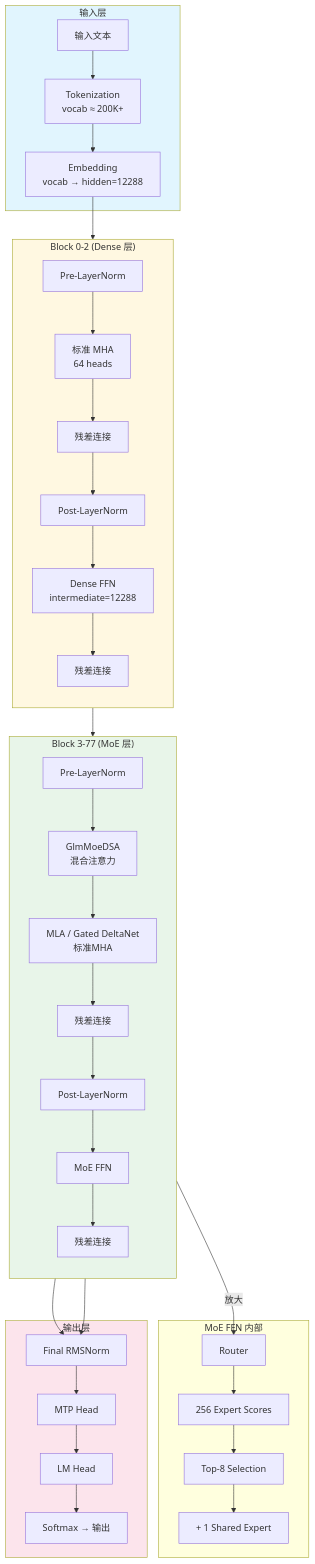
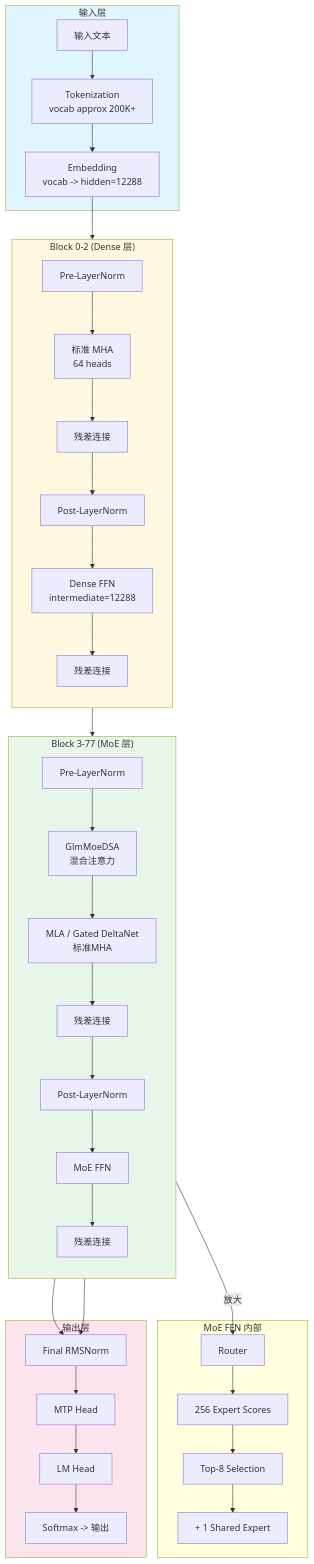
The third of 8 diagrams in 神经网络/大语言模型架构分析.md (yikox/mynote), drawn with Mermaid before and after one commit. The commit also changed other lines of this file, not shown here.

````diff
--- a/神经网络/大语言模型架构分析.md
+++ b/神经网络/大语言模型架构分析.md
@@ -153,49 +152,49 @@
 ```mermaid
 flowchart TD
     subgraph Input["输入层"]
-        A[输入文本] --> B[Tokenization<br/>vocab ≈ 200K+]
-        B --> C[Embedding<br/>vocab → hidden=12288]
+        A[输入文本] --> B[Tokenization<br/>vocab approx 200K+]
+        B --> C[Embedding<br/>vocab -> hidden=12288]
     end
 
     subgraph DenseLayer["Block 0-2 (Dense 层)"]
         direction TB
         D0[Pre-LayerNorm] --> E0[标准 MHA<br/>64 heads]
         E0 --> R0[残差连接]
         R0 --> F0[Post-LayerNorm]
         F0 --> G0["Dense FFN<br/>intermediate=12288"]
         G0 --> H0[残差连接]
     end
 
     subgraph MoELayer["Block 3-77 (MoE 层)"]
         direction TB
         D1[Pre-LayerNorm] --> E1["GlmMoeDSA<br/>混合注意力"]
         E1 --> E2["MLA / Gated DeltaNet<br/>标准MHA"]
         E2 --> R1[残差连接]
         R1 --> F1[Post-LayerNorm]
         F1 --> G1["MoE FFN"]
         G1 --> H1[残差连接]
     end
 
     subgraph MoE_Detail["MoE FFN 内部"]
-        G1 -->|放大| K[Router]
+        G1 -->|"放大"| K[Router]
         K --> K1[256 Expert Scores]
         K1 --> K2[Top-8 Selection]
         K2 --> K3["+ 1 Shared Expert"]
     end
 
     subgraph Output["输出层"]
         H1 --> L[Final RMSNorm]
         L --> M[MTP Head]
         M --> N[LM Head]
-        N --> O[Softmax → 输出]
+        N --> O[Softmax -> 输出]
     end
 
     C --> D0
     H0 --> D1
     H1 --> L
 
     style Input fill:#e1f5fe
     style DenseLayer fill:#fff8e1
     style MoELayer fill:#e8f5e9
     style Output fill:#fce4ec
 ```
````
